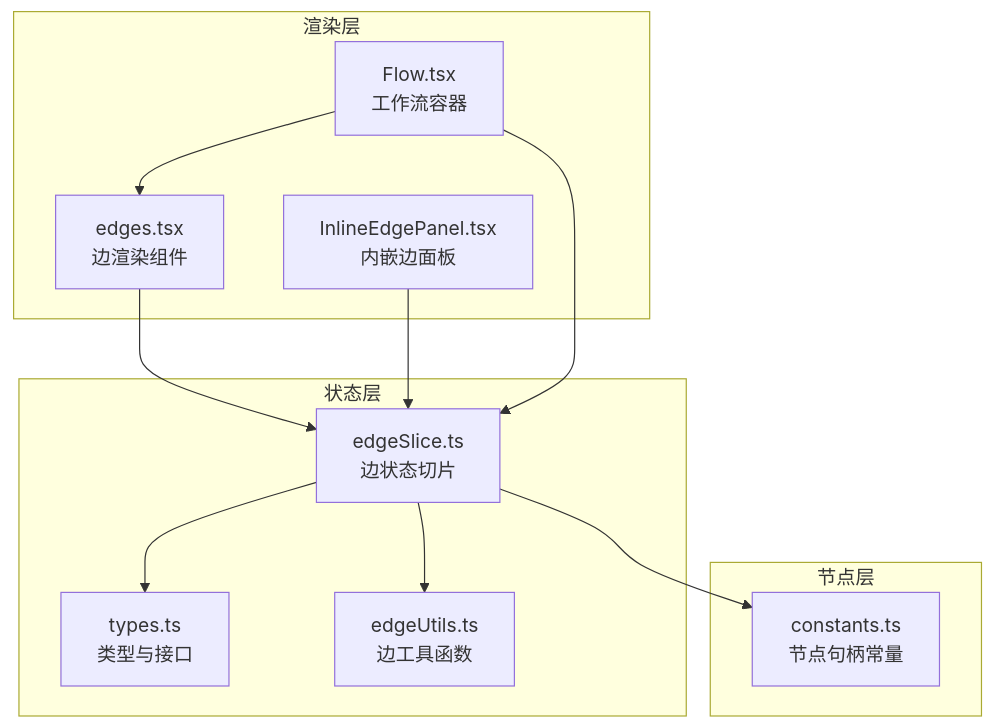
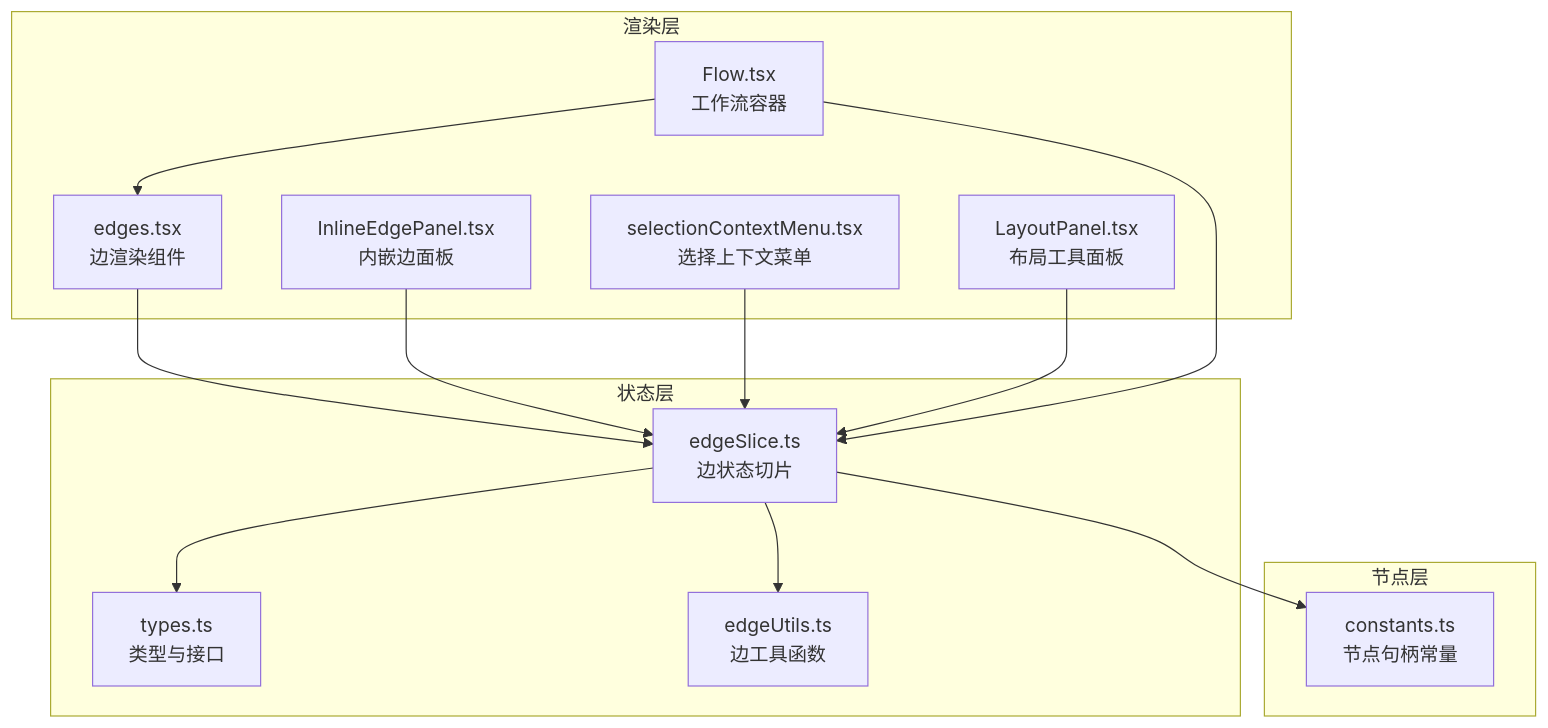
Before and after one commit to kqcoxn/MaaPipelineEditor: the first of 5 diagrams in .qoder/repowiki/zh/content/核心概念/数据模型/状态管理类型/边状态切片.md, drawn with Mermaid. The commit also changed other lines of this file and 22 other files, not shown here.

````diff
--- a/.qoder/repowiki/zh/content/核心概念/数据模型/状态管理类型/边状态切片.md
+++ b/.qoder/repowiki/zh/content/核心概念/数据模型/状态管理类型/边状态切片.md
@@ -41,23 +54,27 @@
 ```mermaid
 graph TB
 subgraph "状态层"
 ES["edgeSlice.ts<br/>边状态切片"]
 TS["types.ts<br/>类型与接口"]
 EU["edgeUtils.ts<br/>边工具函数"]
 end
 subgraph "渲染层"
 ED["edges.tsx<br/>边渲染组件"]
 FL["Flow.tsx<br/>工作流容器"]
 IE["InlineEdgePanel.tsx<br/>内嵌边面板"]
+SC["selectionContextMenu.tsx<br/>选择上下文菜单"]
+LP["LayoutPanel.tsx<br/>布局工具面板"]
 end
 subgraph "节点层"
 NC["constants.ts<br/>节点句柄常量"]
 end
 ES --> EU
 ES --> TS
 ED --> ES
 IE --> ES
+SC --> ES
+LP --> ES
 FL --> ES
 FL --> ED
 ES --> NC
 ```
````
